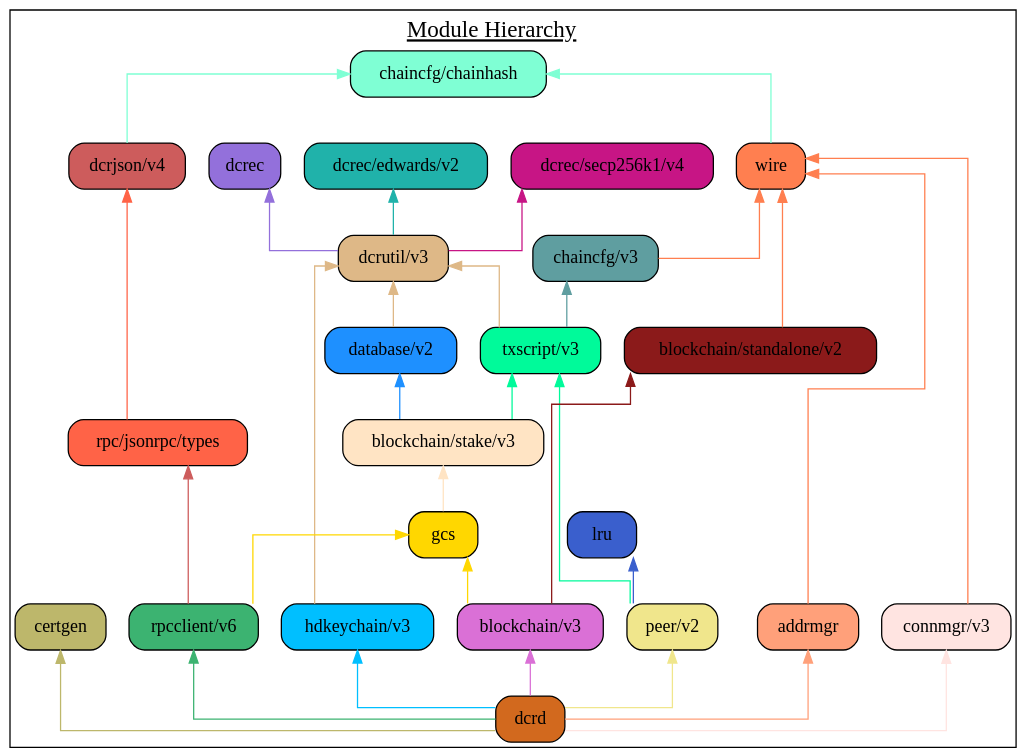
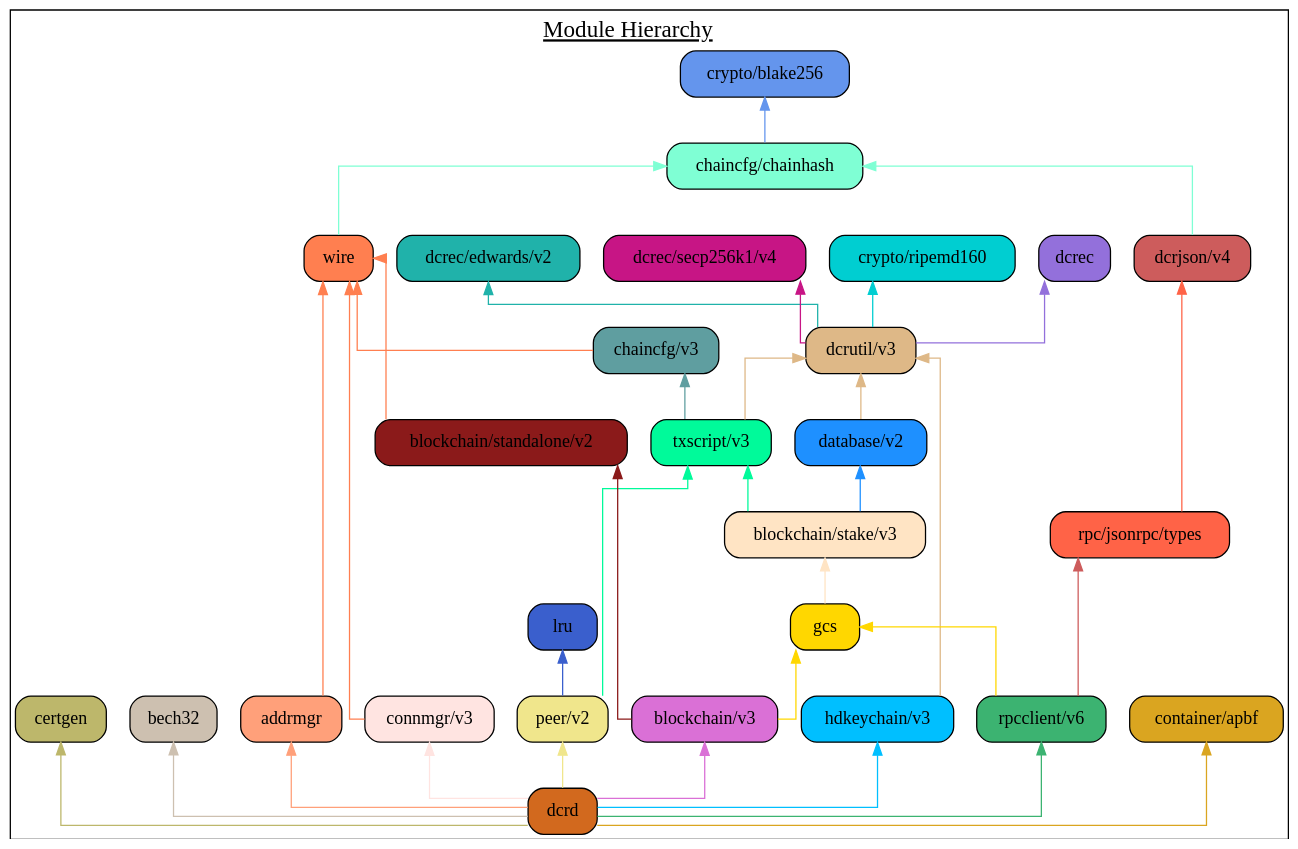
The diagram in docs/assets/module_hierarchy.gv (decred/dcrd), drawn with Graphviz before and after one commit. The commit also changed 2 other files, not shown here.

```diff
--- a/docs/assets/module_hierarchy.gv
+++ b/docs/assets/module_hierarchy.gv
@@ -1,64 +1,73 @@
 digraph {
 	graph [splines=ortho colorscheme=svg label=<<u>Module Hierarchy</u>> labelloc=t fontsize=18.0]
 	node [shape=box style="filled, rounded"]
 
+	blake256 [label="crypto/blake256" fillcolor=cornflowerblue]
+	ripemd160 [label="crypto/ripemd160" fillcolor=darkturquoise]
 	certgen [label="certgen" fillcolor=darkkhaki]
+	bech32 [label="bech32" fillcolor=antiquewhite3]
 	chainhash [label="chaincfg/chainhash" fillcolor=aquamarine]
 	dcrjson [label="dcrjson/v4" fillcolor=indianred]
 	types [label="rpc/jsonrpc/types" fillcolor=tomato]
 	wire [label="wire" fillcolor=coral]
 	addrmgr [label="addrmgr" fillcolor=lightsalmon]
 	chaincfg [label="chaincfg/v3" fillcolor=cadetblue]
 	connmgr [label="connmgr/v3" fillcolor=mistyrose]
 	dcrec [label="dcrec" fillcolor=mediumpurple]
 	edwards [label="dcrec/edwards/v2" fillcolor=lightseagreen]
 	secp256k1 [label="dcrec/secp256k1/v4" fillcolor=mediumvioletred]
 	dcrutil [label="dcrutil/v3" fillcolor=burlywood]
 	database [label="database/v2" fillcolor=dodgerblue]
 	hdkeychain [label="hdkeychain/v3" fillcolor=deepskyblue]
 	txscript [label="txscript/v3" fillcolor=mediumspringgreen]
 	stake [label="blockchain/stake/v3" fillcolor=bisque]
 	standalone [label="blockchain/standalone/v2" fillcolor=firebrick4]
 	gcs [label="gcs" fillcolor=gold]
 	blockchain [label="blockchain/v3" fillcolor=orchid]
-	lru  [label="lru" fillcolor=royalblue3]
+	lru [label="lru" fillcolor=royalblue3]
 	peer [label="peer/v2" fillcolor=khaki]
 	rpcclient [label="rpcclient/v6" fillcolor=mediumseagreen]
+	apbf [label="container/apbf" fillcolor=goldenrod]
 	dcrd [label="dcrd" fillcolor=chocolate]
 
 	{rank=same connmgr addrmgr hdkeychain peer blockchain rpcclient}
 
 	certgen
+	bech32
+	blake256 -> chainhash [dir=back color=cornflowerblue]
 	chaincfg -> txscript [dir=back color=cadetblue]
 	chainhash -> dcrjson [dir=back color=aquamarine]
 	chainhash -> wire [dir=back color=aquamarine]
 	wire -> addrmgr [dir=back color=coral]
 	wire -> chaincfg [dir=back color=coral]
 	wire -> connmgr [dir=back color=coral]
 	wire -> standalone [dir=back color=coral]
+	ripemd160 -> dcrutil [dir=back color=darkturquoise]
 	dcrec -> dcrutil [dir=back color=mediumpurple]
-	edwards ->  dcrutil [dir=back color=lightseagreen]
-	secp256k1 ->  dcrutil [dir=back color=mediumvioletred]
+	edwards -> dcrutil [dir=back color=lightseagreen]
+	secp256k1 -> dcrutil [dir=back color=mediumvioletred]
 	dcrutil -> database [dir=back color=burlywood]
 	dcrutil -> hdkeychain [dir=back color=burlywood]
 	dcrutil -> txscript [dir=back color=burlywood]
-	database ->  stake [dir=back color=dodgerblue]
+	database -> stake [dir=back color=dodgerblue]
 	txscript -> stake [dir=back color=mediumspringgreen]
 	txscript -> peer [dir=back color=mediumspringgreen]
 	stake -> gcs [dir=back color=bisque]
 	standalone -> blockchain [dir=back color=firebrick4]
 	gcs -> blockchain [dir=back color=gold]
 	gcs -> rpcclient [dir=back color=gold]
 
 	lru -> peer [dir=back color=royalblue3]
 	dcrjson -> types [dir=back color=tomato]
 	types -> rpcclient [dir=back color=indianred]
 
 	blockchain -> dcrd [dir=back color=orchid]
 	certgen -> dcrd [dir=back color=darkkhaki]
+	bech32 -> dcrd [dir=back color=antiquewhite3]
 	addrmgr -> dcrd [dir=back color=lightsalmon]
 	hdkeychain -> dcrd [dir=back color=deepskyblue]
 	connmgr -> dcrd [dir=back color=mistyrose]
 	rpcclient -> dcrd [dir=back color=mediumseagreen]
 	peer -> dcrd [dir=back color=khaki]
+	apbf -> dcrd [dir=back color=goldenrod]
 }
```
